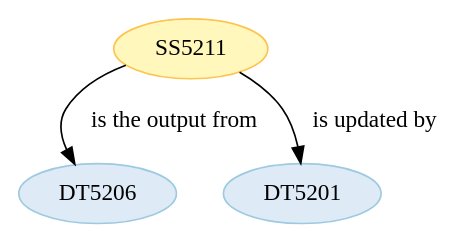
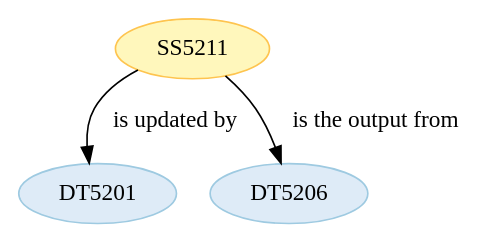
Before and after one commit to Marco-Salvi/cwl-test: the diagram in wf5201/ST520111.dot, drawn with Graphviz. The commit also changed other lines of this file and 19 other files, not shown here.

```diff
--- a/wf5201/ST520111.dot
+++ b/wf5201/ST520111.dot
@@ -1,14 +1,14 @@
 strict digraph {
 
+
+	"DT5201" [ color="2", colorscheme="blues3", fillcolor="1", style="filled",  weight=0 ];
 
 	"DT5206" [ color="2", colorscheme="blues3", fillcolor="1", style="filled",  weight=0 ];
 
 	"SS5211" [ color="2", colorscheme="ylorbr3", fillcolor="1", style="filled",  weight=0 ];
 
+	"SS5211" -> "DT5201" [ label="is updated by", labeltooltip="DT5201 - is updated by - SS5211",  weight=0 ];
+
 	"SS5211" -> "DT5206" [ label="is the output from", labeltooltip="DT5206 - is the output from - SS5211",  weight=0 ];
 
-	"SS5211" -> "DT5201" [ label="is updated by", labeltooltip="DT5201 - is updated by - SS5211",  weight=0 ];
-
-	"DT5201" [ color="2", colorscheme="blues3", fillcolor="1", style="filled",  weight=0 ];
-
 }
```
